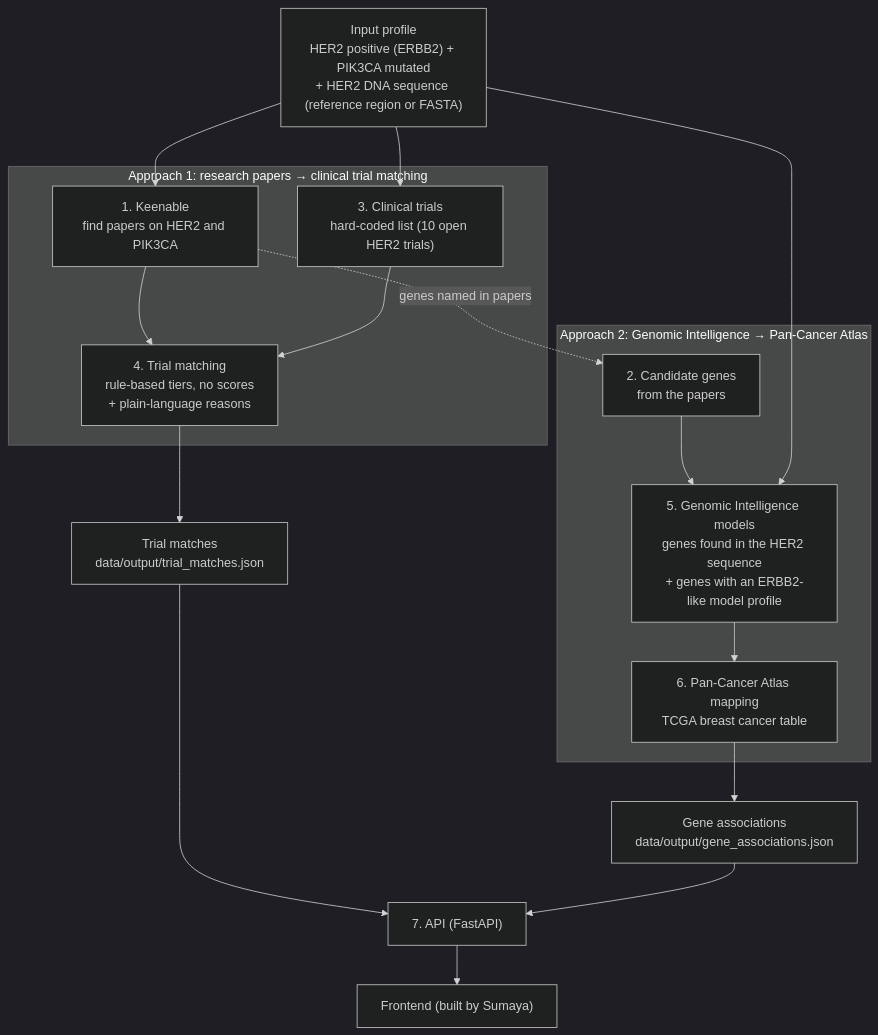
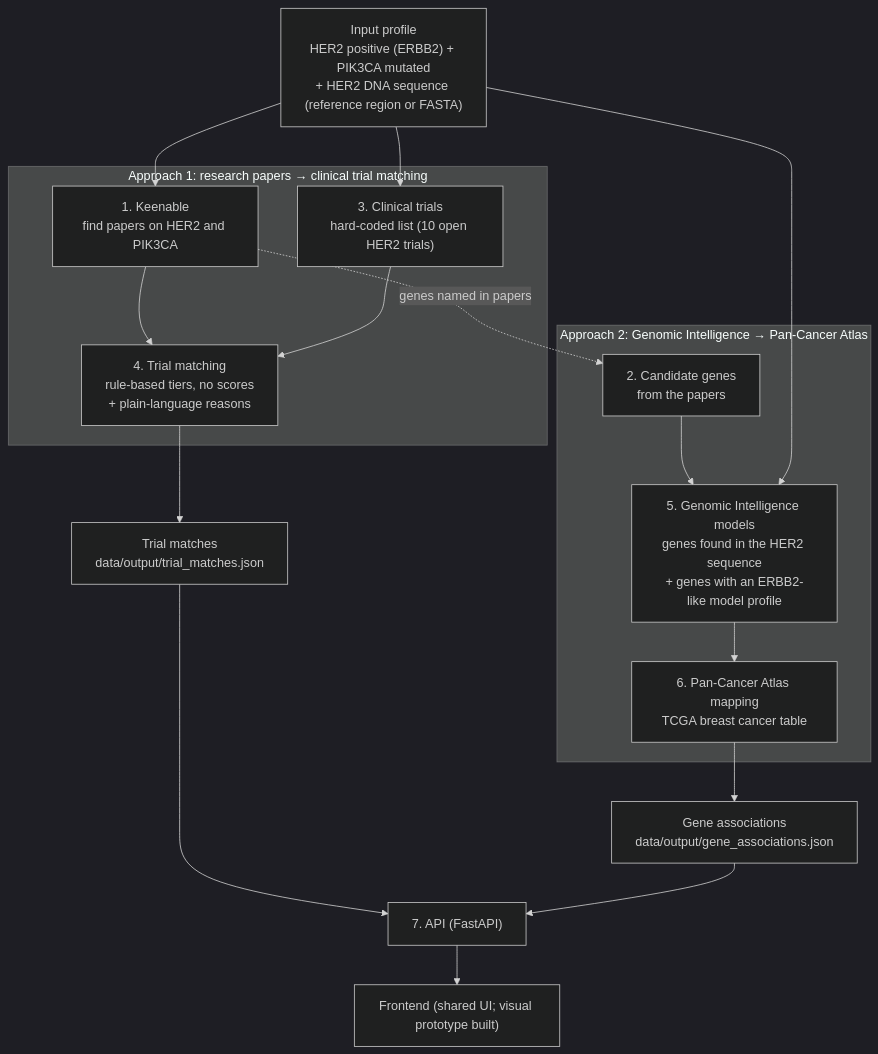
The diagram in AGENTS.md (Contactashmeetsingh/B5-hackers), drawn with Mermaid (dark theme) before and after one commit. The commit also changed other lines of this file and 19 other files, not shown here.

Commit message:
Build B5 research frontend with evidence workspace and visual design

````diff
--- a/AGENTS.md
+++ b/AGENTS.md
@@ -39,30 +39,30 @@
 ```mermaid
 flowchart TD
     IN["Input profile<br/>HER2 positive (ERBB2) + PIK3CA mutated<br/>+ HER2 DNA sequence (reference region or FASTA)"]
 
     subgraph A1["Approach 1: research papers → clinical trial matching"]
         K["1. Keenable<br/>find papers on HER2 and PIK3CA"]
         T["3. Clinical trials<br/>hard-coded list (10 open HER2 trials)"]
         M["4. Trial matching<br/>rule-based tiers, no scores<br/>+ plain-language reasons"]
         K --> M
         T --> M
     end
 
     subgraph A2["Approach 2: Genomic Intelligence → Pan-Cancer Atlas"]
         C["2. Candidate genes<br/>from the papers"]
         G["5. Genomic Intelligence models<br/>genes found in the HER2 sequence<br/>+ genes with an ERBB2-like model profile"]
         P["6. Pan-Cancer Atlas mapping<br/>TCGA breast cancer table"]
         C --> G --> P
     end
 
     IN --> K
     IN --> T
     IN --> G
     K -. "genes named in papers" .-> C
 
     M --> O1["Trial matches<br/>data/output/trial_matches.json"]
     P --> O2["Gene associations<br/>data/output/gene_associations.json"]
     O1 --> API["7. API (FastAPI)"]
     O2 --> API
-    API --> UI["Frontend (built by Sumaya)"]
+    API --> UI["Frontend (shared UI; visual prototype built)"]
 ```
````
